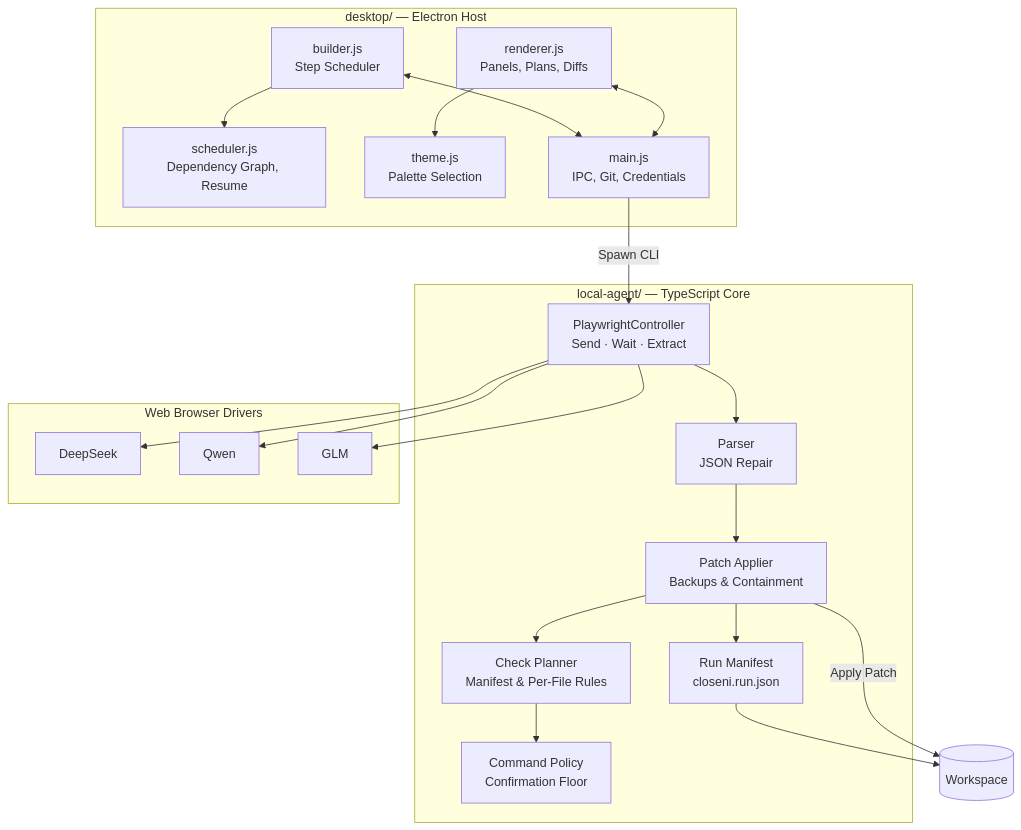
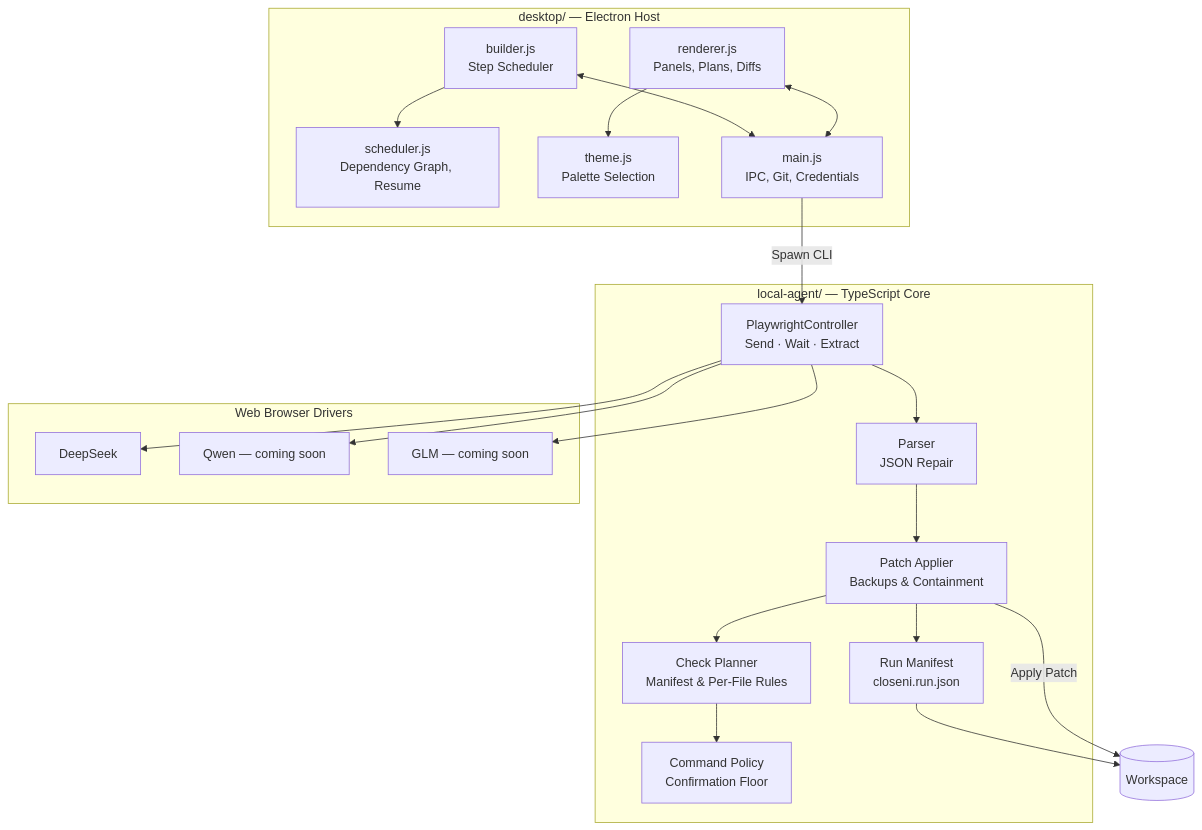
The diagram in README.md (siddarth1872004/CloseNI), drawn with Mermaid before and after one commit. The commit also changed other lines of this file and 10 other files, not shown here.

First line of the commit message:
Gate Qwen and GLM as coming soon

````diff
--- a/README.md
+++ b/README.md
@@ -359,39 +380,39 @@
 ```mermaid
 flowchart TB
     subgraph desktop["desktop/ — Electron Host"]
         R["renderer.js<br/>Panels, Plans, Diffs"]
         B["builder.js<br/>Step Scheduler"]
         S["scheduler.js<br/>Dependency Graph, Resume"]
         T["theme.js<br/>Palette Selection"]
         M["main.js<br/>IPC, Git, Credentials"]
         R <--> M
         B <--> M
         B --> S
         R --> T
     end
 
     subgraph agent["local-agent/ — TypeScript Core"]
         C["PlaywrightController<br/>Send · Wait · Extract"]
         P["Parser<br/>JSON Repair"]
         A["Patch Applier<br/>Backups & Containment"]
         V["Check Planner<br/>Manifest & Per-File Rules"]
         X["Command Policy<br/>Confirmation Floor"]
         N["Run Manifest<br/>closeni.run.json"]
         C --> P --> A --> V
         V --> X
         A --> N
     end
 
     subgraph web["Web Browser Drivers"]
         D["DeepSeek"]
-        Q["Qwen"]
-        G["GLM"]
+        Q["Qwen — coming soon"]
+        G["GLM — coming soon"]
     end
 
     M -->|"Spawn CLI"| C
     C --> D
     C --> Q
     C --> G
     A -->|"Apply Patch"| W[("Workspace")]
     N --> W
 ```
````
